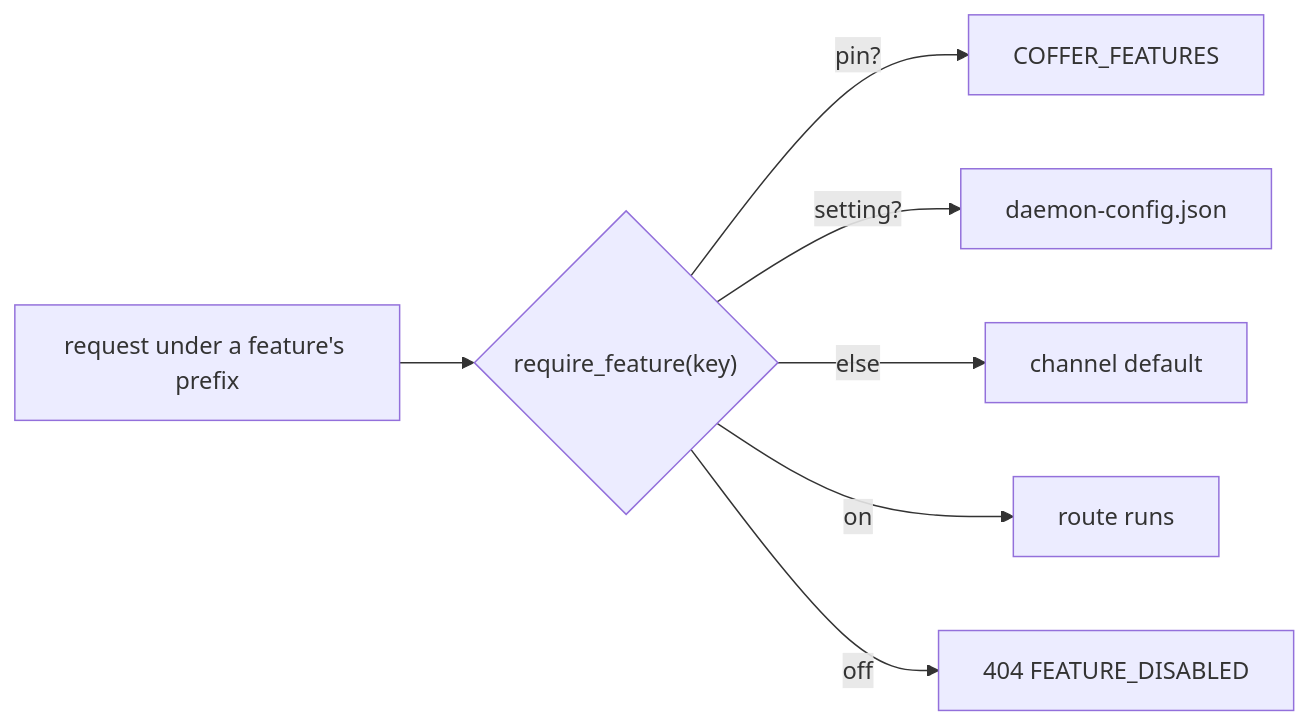
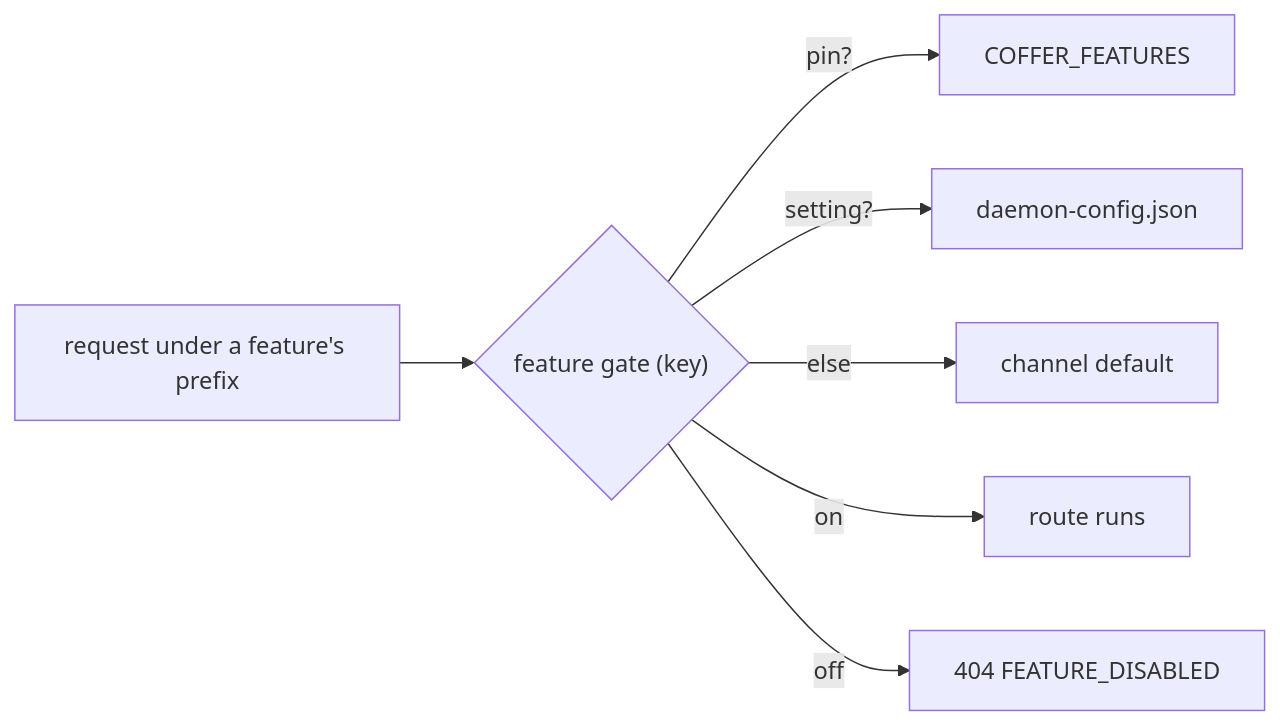
Before and after one commit to wyx-sg/Coffer: the third of 4 diagrams in docs-site/architecture/distribution.md, drawn with Mermaid. The commit also changed other lines of this file and 29 other files, not shown here.

First line of the commit message:
docs(site): explain the architecture in plain terms, without source detail

````diff
--- a/docs-site/architecture/distribution.md
+++ b/docs-site/architecture/distribution.md
@@ -185,9 +181,9 @@
 ```mermaid
 flowchart LR
-    Q["request under a feature's prefix"] --> G{"require_feature(key)"}
+    Q["request under a feature's prefix"] --> G{"feature gate (key)"}
     G -->|pin?| P["COFFER_FEATURES"]
     G -->|setting?| S["daemon-config.json"]
     G -->|else| C["channel default"]
     G -->|on| R["route runs"]
     G -->|off| X["404 FEATURE_DISABLED"]
 ```
````
